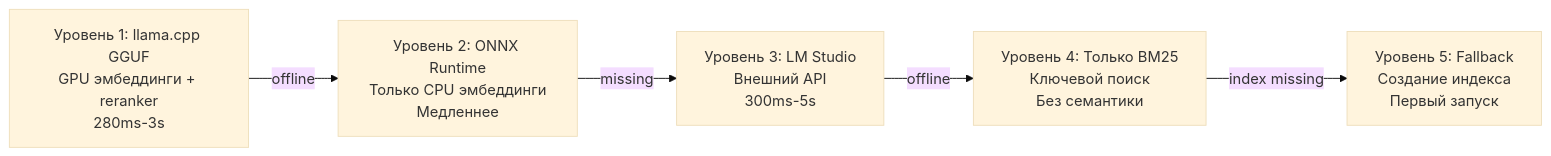
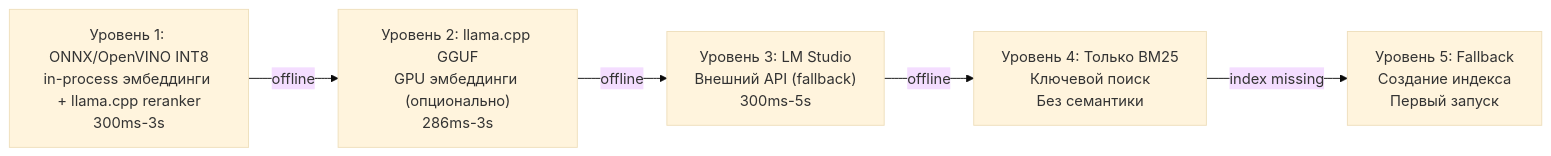
Before and after one commit to ManSio/mscodebase-intelligence: the eighth of 8 diagrams in docs/ru/ARCHITECTURE_DEEP.md, drawn with Mermaid (base theme). The commit also changed other lines of this file and 50 other files, not shown here.

````diff
--- a/docs/ru/ARCHITECTURE_DEEP.md
+++ b/docs/ru/ARCHITECTURE_DEEP.md
@@ -314,8 +325,8 @@
 ```mermaid
 flowchart LR
-    L1["Уровень 1: llama.cpp GGUF\nGPU эмбеддинги + reranker\n280ms-3s"] -->|offline| L2
-    L2["Уровень 2: ONNX Runtime\nТолько CPU эмбеддинги\nМедленнее"] -->|missing| L3
-    L3["Уровень 3: LM Studio\nВнешний API\n300ms-5s"] -->|offline| L4
+    L1["Уровень 1: ONNX/OpenVINO INT8\nin-process эмбеддинги + llama.cpp reranker\n300ms-3s"] -->|offline| L2
+    L2["Уровень 2: llama.cpp GGUF\nGPU эмбеддинги (опционально)\n286ms-3s"] -->|offline| L3
+    L3["Уровень 3: LM Studio\nВнешний API (fallback)\n300ms-5s"] -->|offline| L4
     L4["Уровень 4: Только BM25\nКлючевой поиск\nБез семантики"] -->|index missing| L5
     L5["Уровень 5: Fallback\nСоздание индекса\nПервый запуск"]
 ```
````
